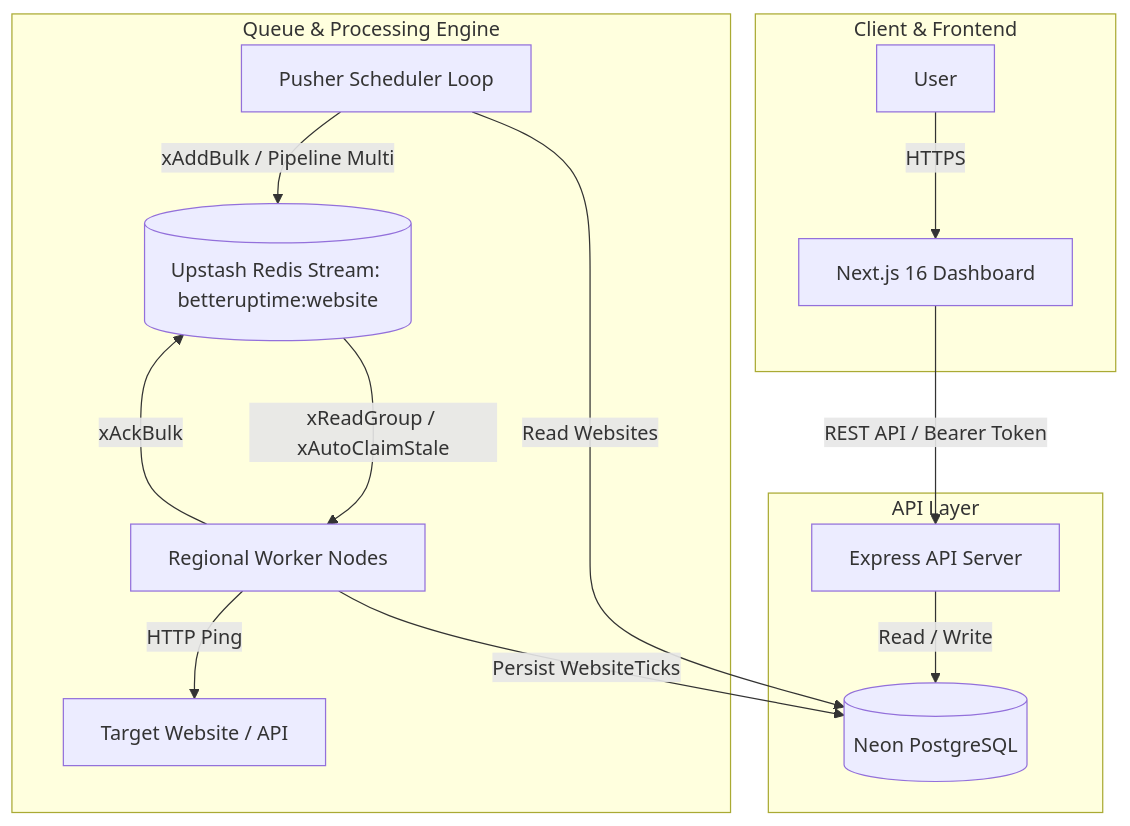
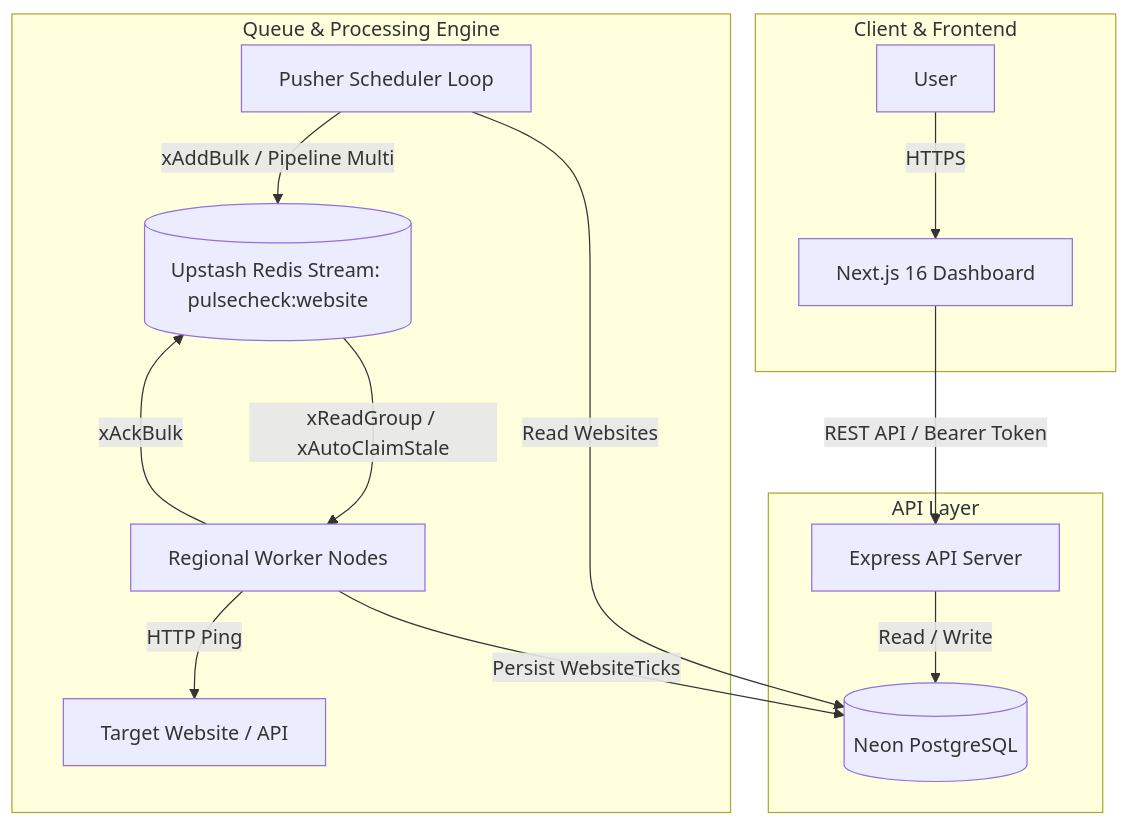
Before and after one commit to Shauryakant/Pulscheck: the first of 2 diagrams in README.md, drawn with Mermaid.

Commit message:
minor change in readme
Updated Redis stream reference in the diagram.

````diff
--- a/README.md
+++ b/README.md
@@ -21,21 +21,21 @@
 ```mermaid
 flowchart TD
     subgraph Client & Frontend
         U[User] -->|HTTPS| Web[Next.js 16 Dashboard]
     end
 
     subgraph API Layer
         Web -->|REST API / Bearer Token| API[Express API Server]
         API -->|Read / Write| DB[(Neon PostgreSQL)]
     end
 
     subgraph Queue & Processing Engine
         Pusher[Pusher Scheduler Loop] -->|Read Websites| DB
-        Pusher -->|xAddBulk / Pipeline Multi| Redis[(Upstash Redis Stream: betteruptime:website)]
+        Pusher -->|xAddBulk / Pipeline Multi| Redis[(Upstash Redis Stream: pulsecheck:website)]
         
         Redis -->|xReadGroup / xAutoClaimStale| Worker[Regional Worker Nodes]
         Worker -->|HTTP Ping| Target[Target Website / API]
         Worker -->|Persist WebsiteTicks| DB
         Worker -->|xAckBulk| Redis
     end
 ```
````
